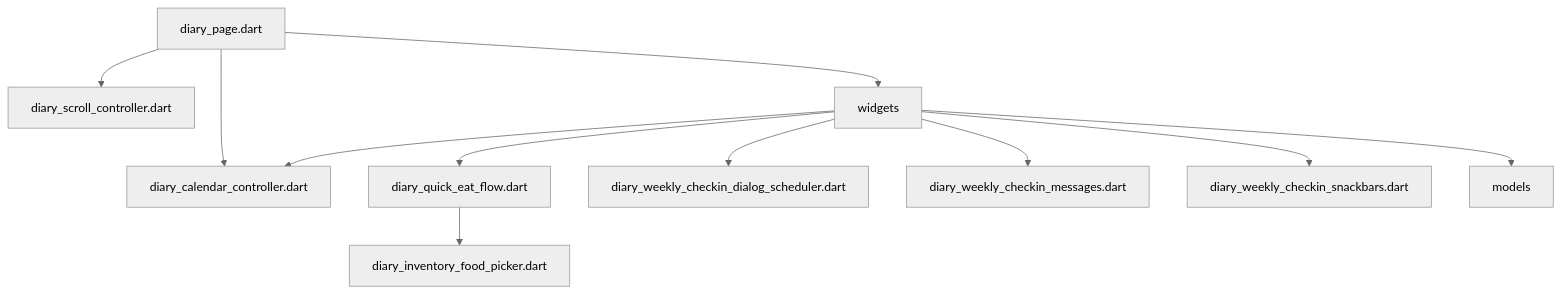
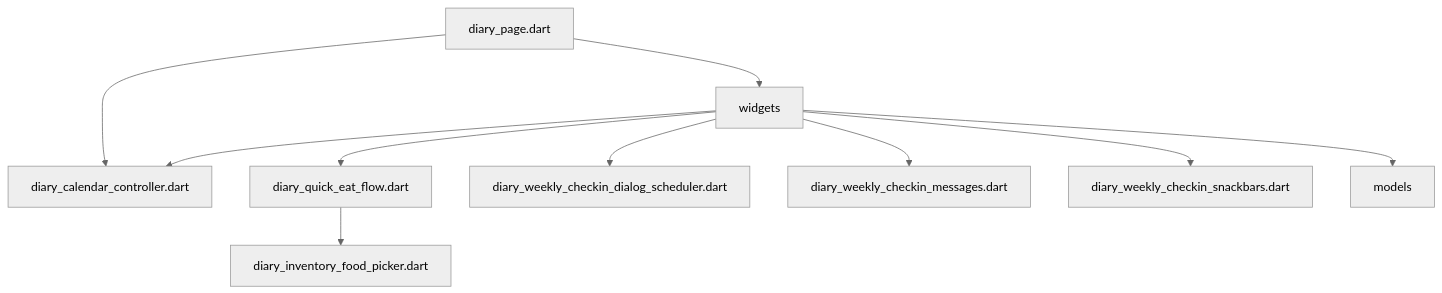
The diagram in lib/features/diary/presentation/DEPS.md (repinw/yamt), drawn with Mermaid (neutral theme) before and after one commit. The commit also changed 49 other files, not shown here.

````diff
--- a/lib/features/diary/presentation/DEPS.md
+++ b/lib/features/diary/presentation/DEPS.md
@@ -6,13 +6,12 @@
 ```mermaid
 flowchart TD;
 diary_page.dart-->diary_calendar_controller.dart;
-diary_page.dart-->diary_scroll_controller.dart;
 diary_page.dart-->widgets;
 diary_quick_eat_flow.dart-->diary_inventory_food_picker.dart;
 widgets-->diary_calendar_controller.dart;
 widgets-->diary_quick_eat_flow.dart;
 widgets-->diary_weekly_checkin_dialog_scheduler.dart;
 widgets-->diary_weekly_checkin_messages.dart;
 widgets-->diary_weekly_checkin_snackbars.dart;
 widgets-->models;
 ```
````
